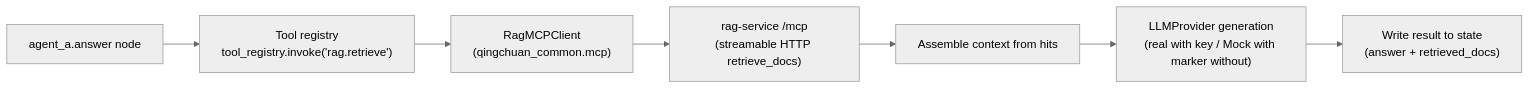
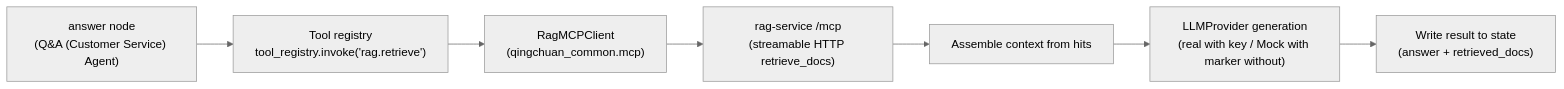
The third of 3 diagrams in apps/agent-service/README.en.md (chain-engine/x-QingChuan), drawn with Mermaid (neutral theme) before and after one commit. The commit also changed other lines of this file and 8 other files, not shown here.

Commit message:
refactor: rename Agent A (RAG Q&A) to 问答（客服）Agent / customer_service across docs and comments

````diff
--- a/apps/agent-service/README.en.md
+++ b/apps/agent-service/README.en.md
@@ -233,9 +233,9 @@
 ```mermaid
 flowchart LR
-    N["agent_a.answer node"] --> T["Tool registry<br/>tool_registry.invoke('rag.retrieve')"]
+    N["answer node<br/>(Q&A (Customer Service) Agent)"] --> T["Tool registry<br/>tool_registry.invoke('rag.retrieve')"]
     T --> M["RagMCPClient<br/>(qingchuan_common.mcp)"]
     M --> R["rag-service /mcp<br/>(streamable HTTP retrieve_docs)"]
     R --> C["Assemble context from hits"]
     C --> L["LLMProvider generation<br/>(real with key / Mock with marker without)"]
     L --> S["Write result to state<br/>(answer + retrieved_docs)"]
 ```
````
